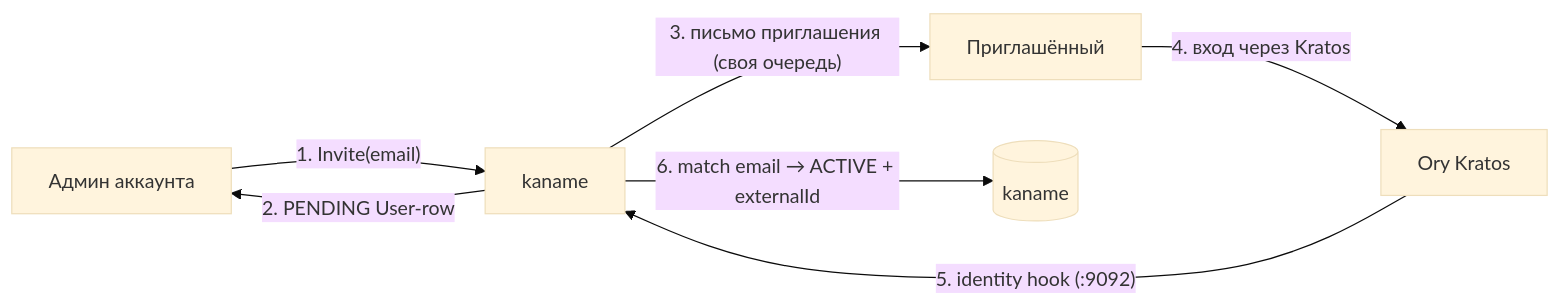
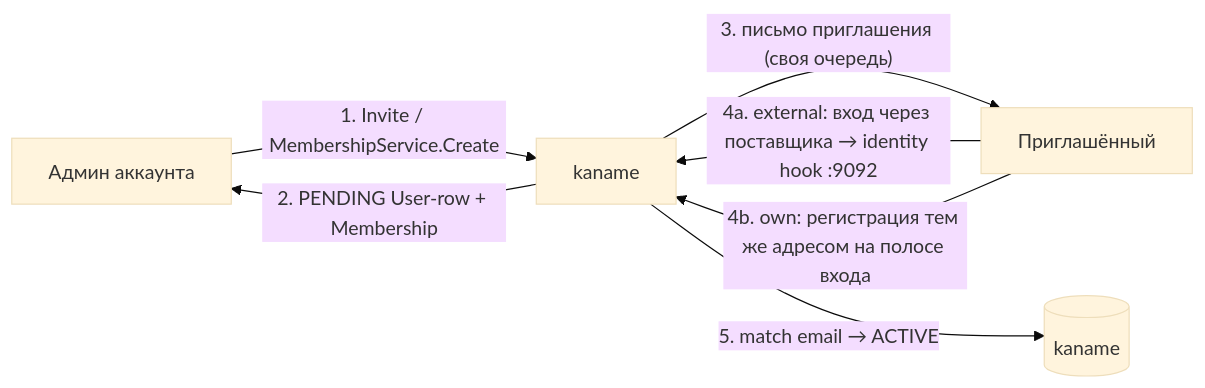
Before and after one commit to PRO-Robotech/kaname: the first of 2 diagrams in docs/content/architecture/identity.mdx, drawn with Mermaid (base theme). The commit also changed other lines of this file and 9 other files, not shown here.

````diff
--- a/docs/content/architecture/identity.mdx
+++ b/docs/content/architecture/identity.mdx
@@ -57,9 +76,9 @@
 ```mermaid
 flowchart LR
-  admin["Админ аккаунта"] -->|"1. Invite(email)"| iam["kaname"]
-  iam -->|"2. PENDING User-row"| admin
+  admin["Админ аккаунта"] -->|"1. Invite / MembershipService.Create"| iam["kaname"]
+  iam -->|"2. PENDING User-row + Membership"| admin
   iam -->|"3. письмо приглашения (своя очередь)"| user["Приглашённый"]
-  user -->|"4. вход через Kratos"| kratos["Ory Kratos"]
-  kratos -->|"5. identity hook (:9092)"| iam
-  iam -->|"6. match email → ACTIVE + externalId"| pg[("kaname")]
+  user -->|"4a. external: вход через поставщика → identity hook :9092"| iam
+  user -->|"4b. own: регистрация тем же адресом на полосе входа"| iam
+  iam -->|"5. match email → ACTIVE"| pg[("kaname")]
 ```
````
